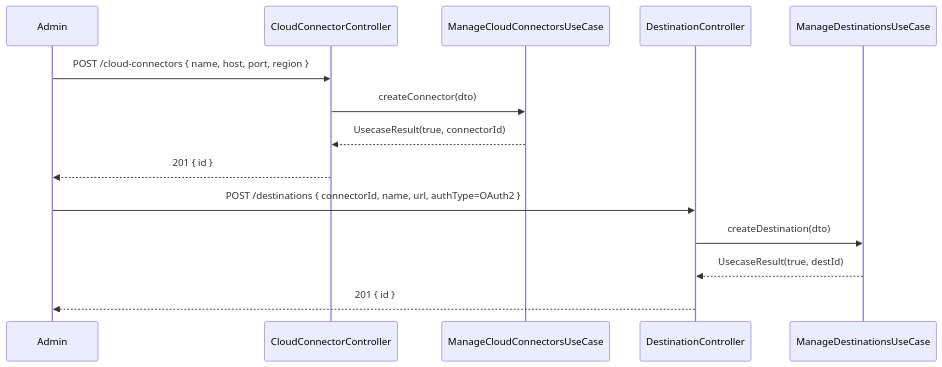
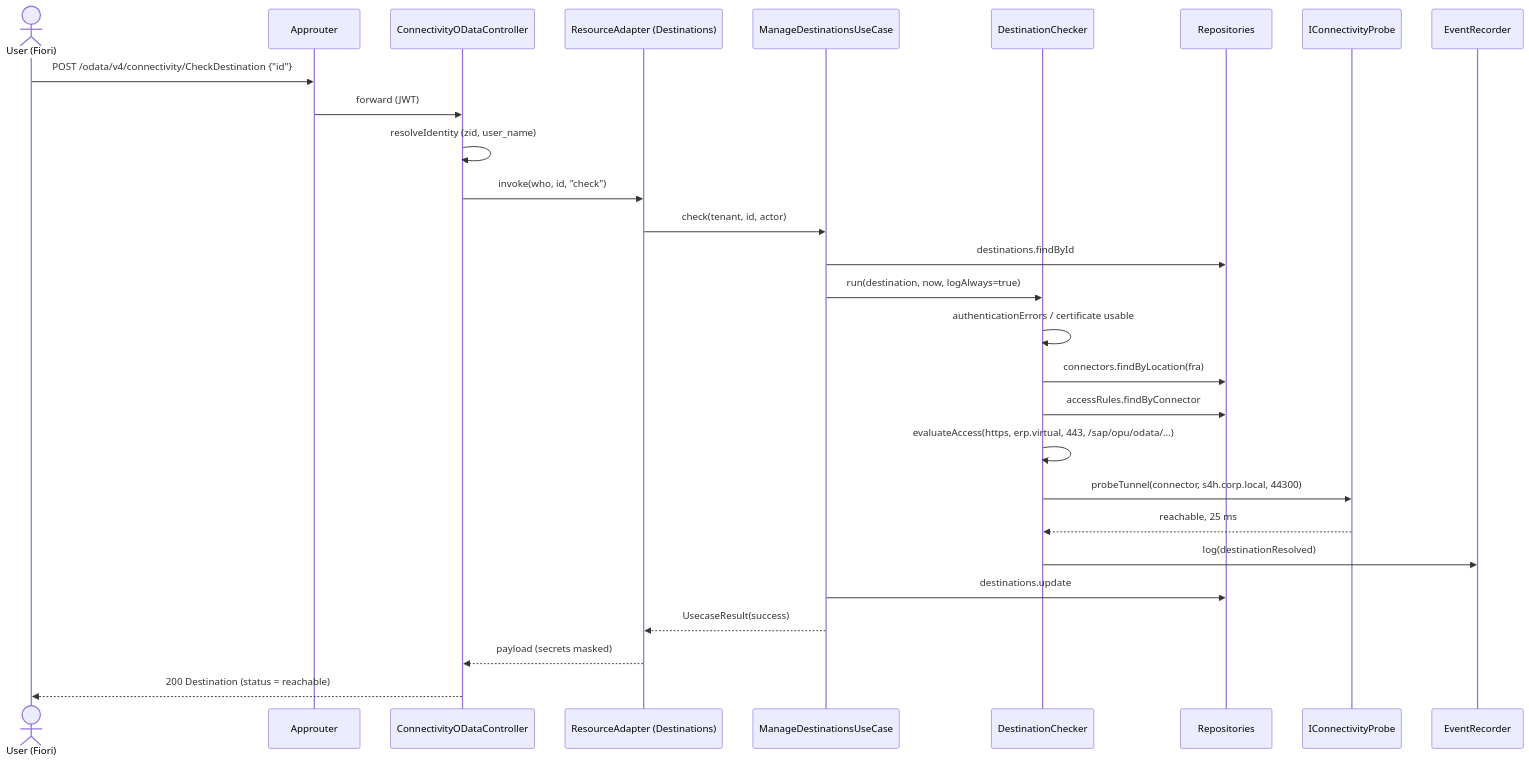
One commit to UIMSolutions/uim-platform changed the seventh of 10 diagrams in connectivity/UML.md. Above: the diagram before and after it, drawn with Mermaid. The commit also changed other lines of this file and 80 other files, not shown here.

First line of the commit message:
Refactor OAuth 2.0 Service: Update UML documentation, add approuter configuration, and restructure Kubernetes deployment

````diff
--- a/connectivity/UML.md
+++ b/connectivity/UML.md
@@ -128,18 +411,31 @@
 ```mermaid
 sequenceDiagram
-    participant Admin
-    participant CC as CloudConnectorController
-    participant CUC as ManageCloudConnectorsUseCase
-    participant DC as DestinationController
-    participant DUC as ManageDestinationsUseCase
+    actor U as User (Fiori)
+    participant AR as Approuter
+    participant OD as ConnectivityODataController
+    participant RA as ResourceAdapter (Destinations)
+    participant UC as ManageDestinationsUseCase
+    participant DC as DestinationChecker
+    participant R as Repositories
+    participant P as IConnectivityProbe
+    participant EV as EventRecorder
 
-    Admin->>CC: POST /cloud-connectors { name, host, port, region }
-    CC->>CUC: createConnector(dto)
-    CUC-->>CC: UsecaseResult(true, connectorId)
-    CC-->>Admin: 201 { id }
-
-    Admin->>DC: POST /destinations { connectorId, name, url, authType=OAuth2 }
-    DC->>DUC: createDestination(dto)
-    DUC-->>DC: UsecaseResult(true, destId)
-    DC-->>Admin: 201 { id }
+    U->>AR: POST /odata/v4/connectivity/CheckDestination {"id"}
+    AR->>OD: forward (JWT)
+    OD->>OD: resolveIdentity (zid, user_name)
+    OD->>RA: invoke(who, id, "check")
+    RA->>UC: check(tenant, id, actor)
+    UC->>R: destinations.findById
+    UC->>DC: run(destination, now, logAlways=true)
+    DC->>DC: authenticationErrors / certificate usable
+    DC->>R: connectors.findByLocation(fra)
+    DC->>R: accessRules.findByConnector
+    DC->>DC: evaluateAccess(https, erp.virtual, 443, /sap/opu/odata/…)
+    DC->>P: probeTunnel(connector, s4h.corp.local, 44300)
+    P-->>DC: reachable, 25 ms
+    DC->>EV: log(destinationResolved)
+    UC->>R: destinations.update
+    UC-->>RA: UsecaseResult(success)
+    RA-->>OD: payload (secrets masked)
+    OD-->>U: 200 Destination (status = reachable)
 ```
````
